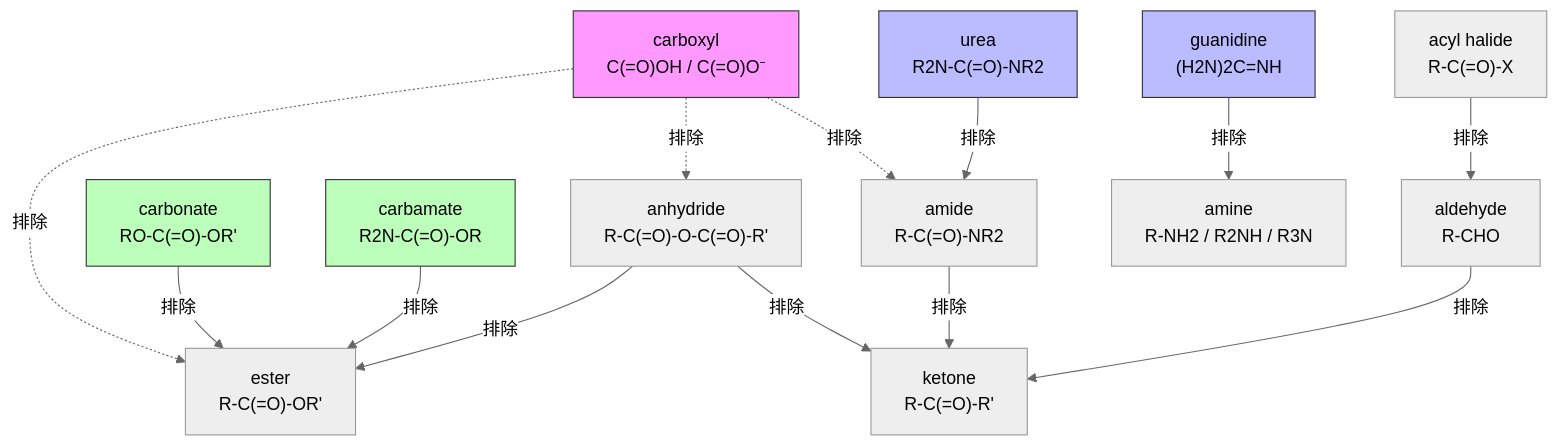
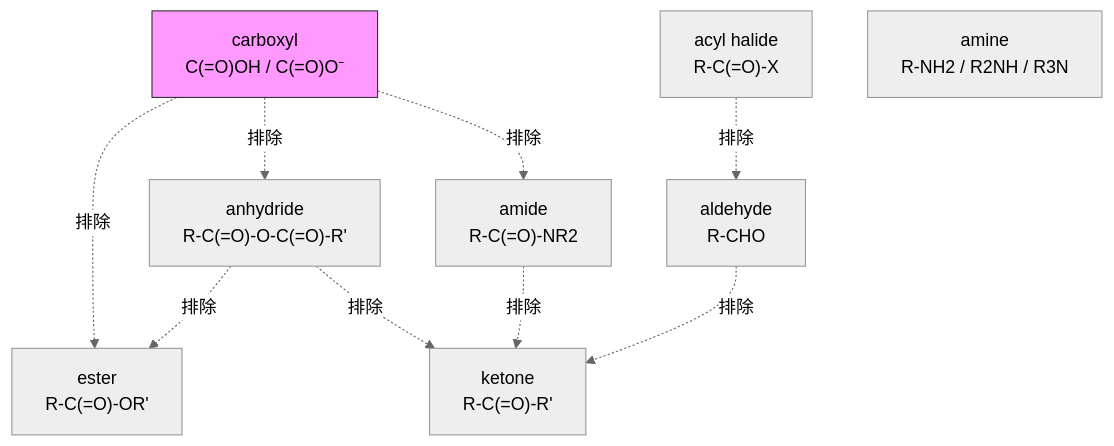
One commit to zouxiaofei1/OpenSMILES changed the second of 2 diagrams in docs/wiki/architecture/layer1-analyzer.md. Above: the diagram before and after it, drawn with Mermaid (neutral theme). The commit also changed other lines of this file and 20 other files, not shown here.

````diff
--- a/docs/wiki/architecture/layer1-analyzer.md
+++ b/docs/wiki/architecture/layer1-analyzer.md
@@ -285,34 +219,22 @@
 ```mermaid
 flowchart TD
     CARBOXYL["carboxyl<br/>C(=O)OH / C(=O)O⁻"]
     ANHYDRIDE["anhydride<br/>R-C(=O)-O-C(=O)-R'"]
-    CARBONATE["carbonate<br/>RO-C(=O)-OR'"]
-    CARBAMATE["carbamate<br/>R2N-C(=O)-OR"]
-    UREA["urea<br/>R2N-C(=O)-NR2"]
     ESTER["ester<br/>R-C(=O)-OR'"]
     AMIDE["amide<br/>R-C(=O)-NR2"]
     KETONE["ketone<br/>R-C(=O)-R'"]
     ALDEHYDE["aldehyde<br/>R-CHO"]
     ACYL_HALIDE["acyl halide<br/>R-C(=O)-X"]
-    GUANIDINE["guanidine<br/>(H2N)2C=NH"]
     AMINE["amine<br/>R-NH2 / R2NH / R3N"]
 
     CARBOXYL -.->|"排除"| ANHYDRIDE
     CARBOXYL -.->|"排除"| ESTER
     CARBOXYL -.->|"排除"| AMIDE
-    CARBONATE -->|"排除"| ESTER
-    CARBAMATE -->|"排除"| ESTER
-    UREA -->|"排除"| AMIDE
-    GUANIDINE -->|"排除"| AMINE
-    ANHYDRIDE -->|"排除"| ESTER
-    ANHYDRIDE -->|"排除"| KETONE
-    ACYL_HALIDE -->|"排除"| ALDEHYDE
-    AMIDE -->|"排除"| KETONE
-    ALDEHYDE -->|"排除"| KETONE
+    ANHYDRIDE -.->|"排除"| ESTER
+    ANHYDRIDE -.->|"排除"| KETONE
+    ACYL_HALIDE -.->|"排除"| ALDEHYDE
+    AMIDE -.->|"排除"| KETONE
+    ALDEHYDE -.->|"排除"| KETONE
 
     style CARBOXYL fill:#f9f,stroke:#333
-    style UREA fill:#bbf,stroke:#333
-    style GUANIDINE fill:#bbf,stroke:#333
-    style CARBAMATE fill:#bfb,stroke:#333
-    style CARBONATE fill:#bfb,stroke:#333
 ```
````
